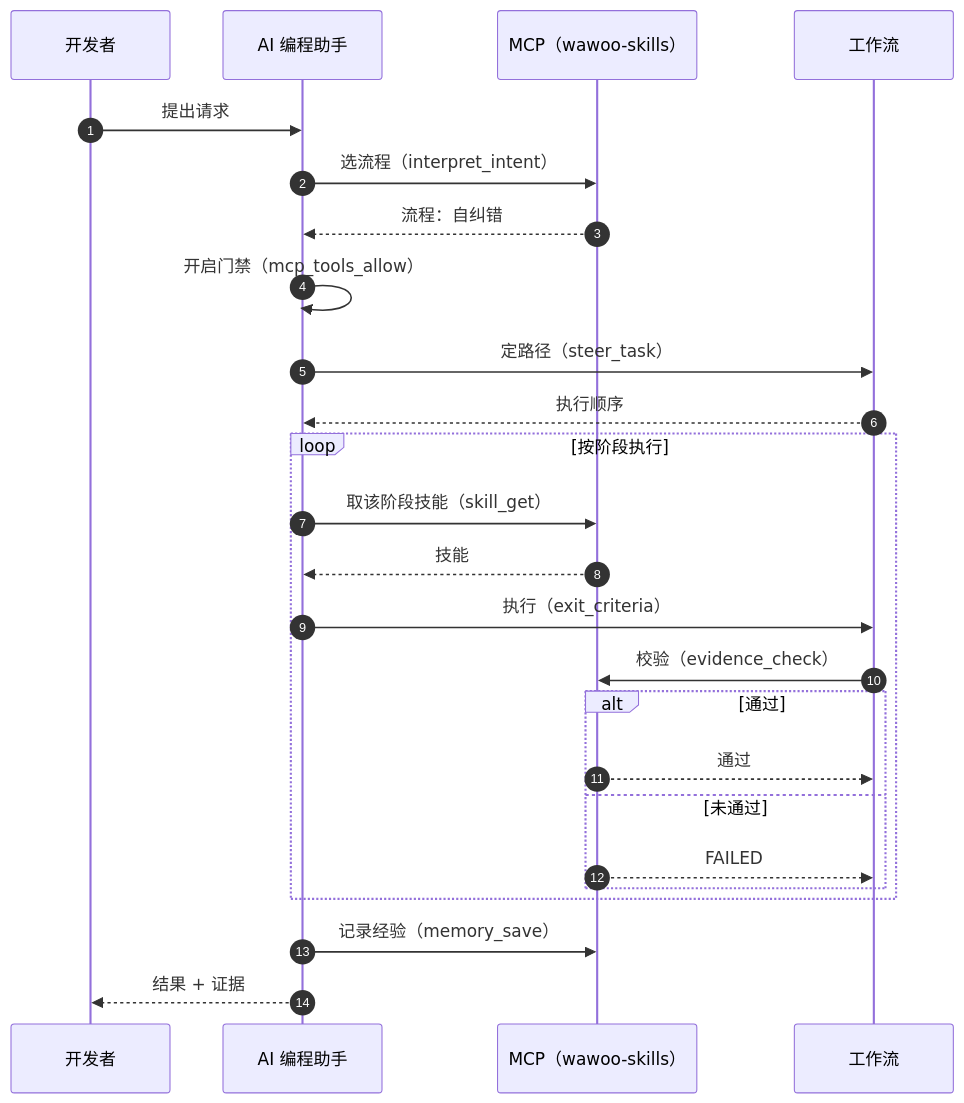
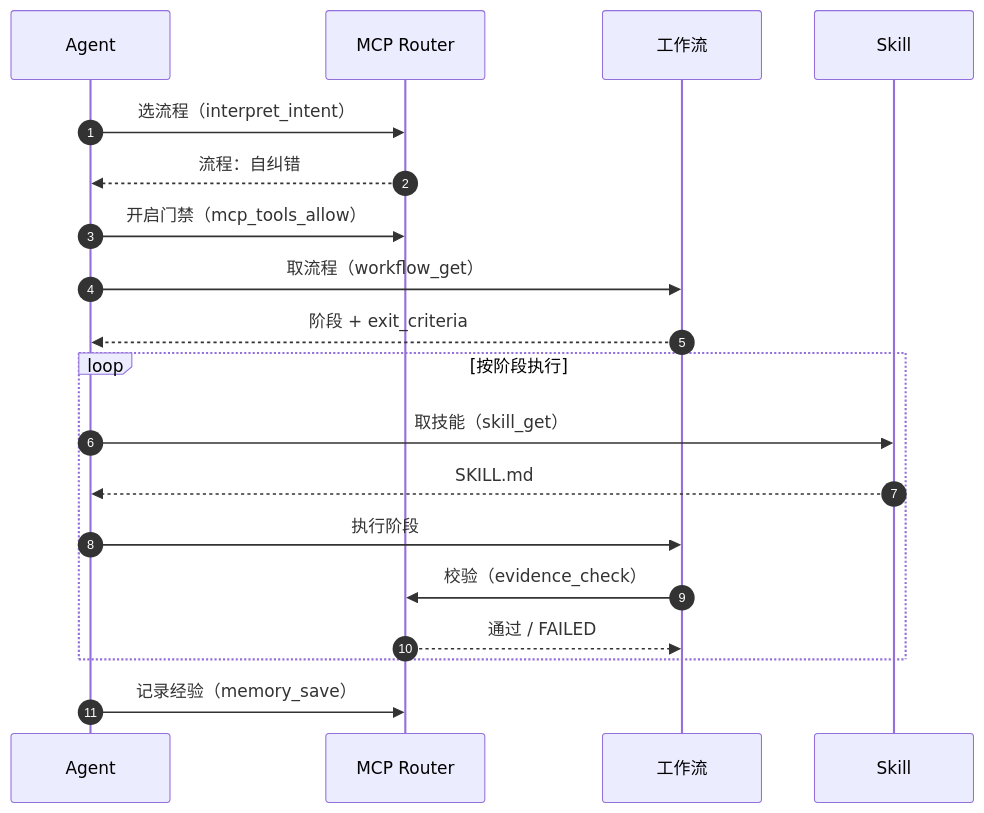
One commit to parkwoo/wawoo-agent-skills changed the diagram in README.zh-CN.md. Above: the diagram before and after it, drawn with Mermaid. The commit also changed 3 other files, not shown here.

Commit message:
docs: use mechanism roles as sequence-diagram participants (Agent / MCP Router / Workflow / Skill)

````diff
--- a/README.zh-CN.md
+++ b/README.zh-CN.md
@@ -62,27 +62,21 @@
 ```mermaid
 sequenceDiagram
     autonumber
-    participant U as 开发者
-    participant A as AI 编程助手
-    participant M as MCP（wawoo-skills）
+    participant A as Agent
+    participant R as MCP Router
     participant W as 工作流
-    U->>A: 提出请求
-    A->>M: 选流程（interpret_intent）
-    M-->>A: 流程：自纠错
-    A->>A: 开启门禁（mcp_tools_allow）
-    A->>W: 定路径（steer_task）
-    W-->>A: 执行顺序
+    participant S as Skill
+    A->>R: 选流程（interpret_intent）
+    R-->>A: 流程：自纠错
+    A->>R: 开启门禁（mcp_tools_allow）
+    A->>W: 取流程（workflow_get）
+    W-->>A: 阶段 + exit_criteria
     loop 按阶段执行
-        A->>M: 取该阶段技能（skill_get）
-        M-->>A: 技能
-        A->>W: 执行（exit_criteria）
-        W->>M: 校验（evidence_check）
-        alt 通过
-            M-->>W: 通过
-        else 未通过
-            M-->>W: FAILED
-        end
+        A->>S: 取技能（skill_get）
+        S-->>A: SKILL.md
+        A->>W: 执行阶段
+        W->>R: 校验（evidence_check）
+        R-->>W: 通过 / FAILED
     end
-    A->>M: 记录经验（memory_save）
-    A-->>U: 结果 + 证据
+    A->>R: 记录经验（memory_save）
 ```
````
